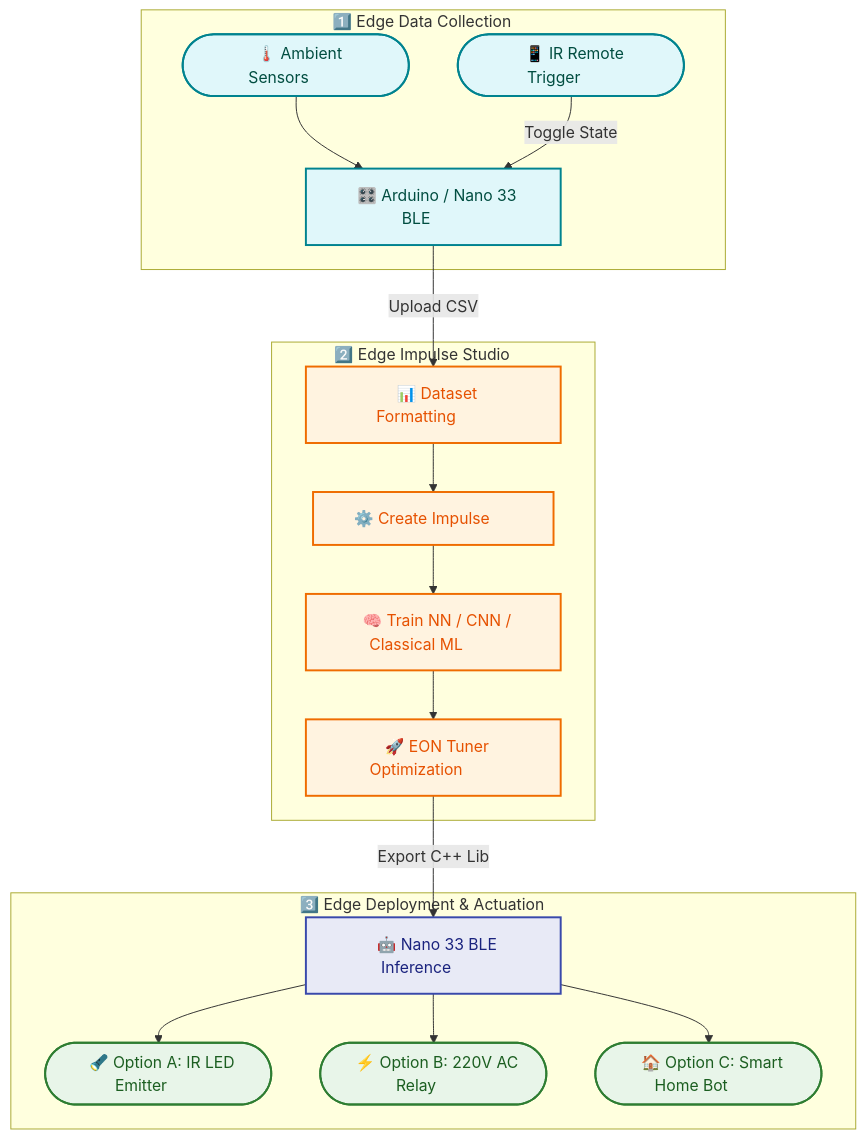
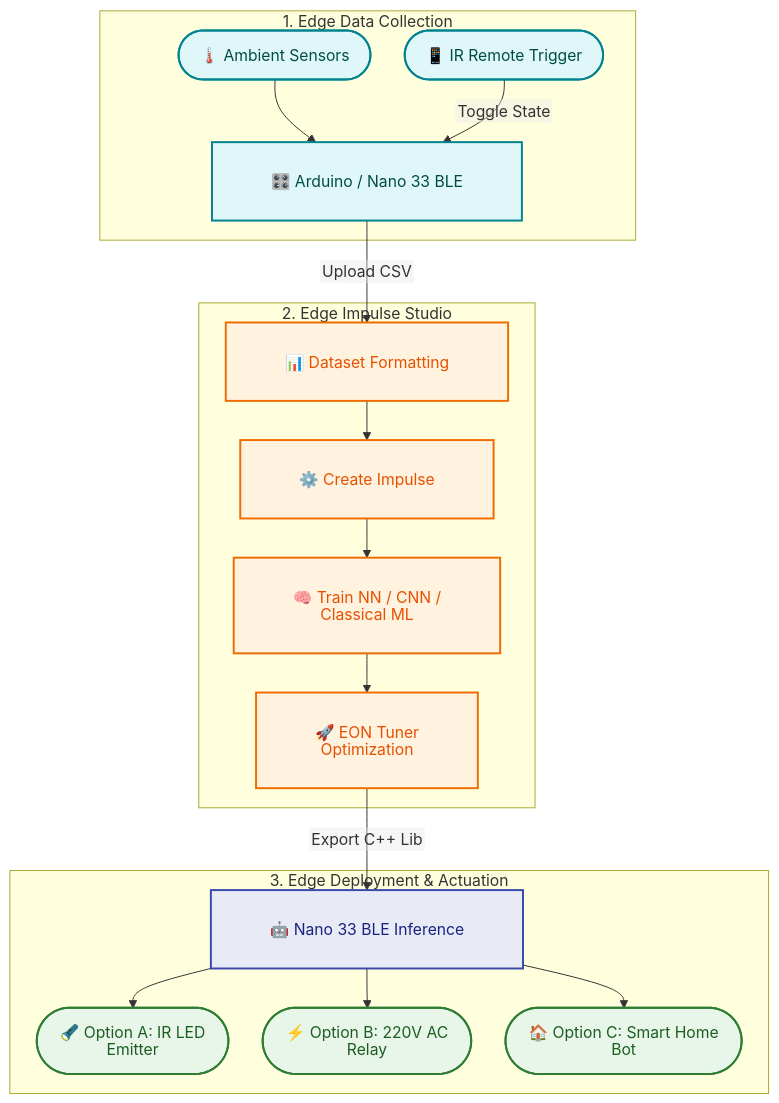
Before and after one commit to antor44/Acquisition4microcontrollers: the second of 2 diagrams in README.md, drawn with Mermaid. The commit also changed other lines of this file, not shown here.

````diff
--- a/README.md
+++ b/README.md
@@ -127,31 +128,32 @@
 ```mermaid
+%%{init: {"htmlLabels": false, "flowchart": {"htmlLabels": false, "padding": 30, "nodeSpacing": 35, "rankSpacing": 40}}}%%
 flowchart TD
-    subgraph Phase1 ["⠀1️⃣ Edge Data Collection⠀⠀⠀"]
-        S(["⠀🌡️ Ambient Sensors⠀⠀⠀"]) --> MCU1["⠀🎛️ Arduino / Nano 33 BLE⠀⠀⠀"]
-        IR(["⠀📱 IR Remote Trigger⠀⠀⠀"]) -->|Toggle State| MCU1
+    subgraph Phase1 ["1. Edge Data Collection"]
+        S(["🌡️ Ambient Sensors"]) --> MCU1["🎛️ Arduino / Nano 33 BLE"]
+        IR(["📱 IR Remote Trigger"]) -->|Toggle State| MCU1
     end
 
-    subgraph Phase2 ["⠀2️⃣ Edge Impulse Studio⠀⠀⠀"]
-        MCU1 -->|Upload CSV| EI_D["⠀📊 Dataset Formatting⠀⠀⠀"]
-        EI_D --> EI_I["⠀⚙️ Create Impulse⠀⠀⠀"]
-        EI_I --> EI_T["⠀🧠 Train NN / CNN / Classical ML⠀⠀⠀"]
-        EI_T --> EI_O["⠀🚀 EON Tuner Optimization⠀⠀⠀"]
+    subgraph Phase2 ["2. Edge Impulse Studio"]
+        MCU1 -->|Upload CSV| EI_D["📊 Dataset Formatting"]
+        EI_D --> EI_I["⚙️ Create Impulse"]
+        EI_I --> EI_T["🧠 Train NN / CNN / Classical ML"]
+        EI_T --> EI_O["🚀 EON Tuner Optimization"]
     end
 
-    subgraph Phase3 ["⠀3️⃣ Edge Deployment & Actuation⠀⠀⠀"]
-        EI_O -->|Export C++ Lib| MCU2["⠀🤖 Nano 33 BLE Inference⠀⠀⠀"]
-        MCU2 --> ACT1(["⠀🔦 Option A: IR LED Emitter⠀⠀⠀"])
-        MCU2 --> ACT2(["⠀⚡ Option B: 220V AC Relay⠀⠀⠀"])
-        MCU2 --> ACT3(["⠀🏠 Option C: Smart Home Bot⠀⠀⠀"])
+    subgraph Phase3 ["3. Edge Deployment & Actuation"]
+        EI_O -->|Export C++ Lib| MCU2["🤖 Nano 33 BLE Inference"]
+        MCU2 --> ACT1(["🔦 Option A: IR LED Emitter"])
+        MCU2 --> ACT2(["⚡ Option B: 220V AC Relay"])
+        MCU2 --> ACT3(["🏠 Option C: Smart Home Bot"])
     end
 
     classDef edge fill:#e0f7fa,stroke:#00838f,stroke-width:2px,color:#004d40;
     classDef cloud fill:#fff3e0,stroke:#ef6c00,stroke-width:2px,color:#e65100;
     classDef deploy fill:#e8eaf6,stroke:#3949ab,stroke-width:2px,color:#1a237e;
     classDef actuator fill:#e8f5e9,stroke:#2e7d32,stroke-width:2px,color:#1b5e20;
 
     class S,IR,MCU1 edge;
     class EI_D,EI_I,EI_T,EI_O cloud;
     class MCU2 deploy;
     class ACT1,ACT2,ACT3 actuator;
 ```
````
